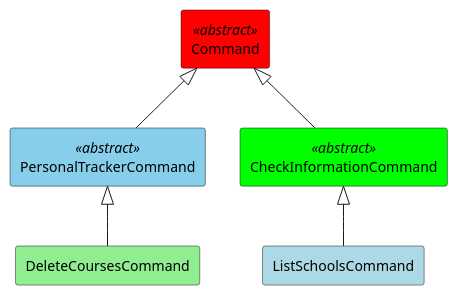
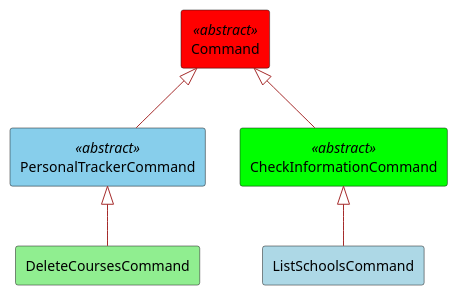
Before and after one commit to nus-cs2113-AY2425S1/tp: the diagram in uml-diagrams/MiniCommandClass.puml, drawn with PlantUML. The commit also changed 5 other files, not shown here.

```diff
--- a/uml-diagrams/MiniCommandClass.puml
+++ b/uml-diagrams/MiniCommandClass.puml
@@ -1,17 +1,17 @@
 @startuml
 
 skinparam componentStyle rectangle
 
 component PersonalTrackerCommand <<abstract>> #skyblue
 component CheckInformationCommand <<abstract>> #lime
 component ListSchoolsCommand #lightblue
 component DeleteCoursesCommand #lightgreen
 component Command <<abstract>> #red
 
-PersonalTrackerCommand -up-|> Command
-CheckInformationCommand -up-|> Command
+PersonalTrackerCommand -up[#brown]-|> Command
+CheckInformationCommand -up[#brown]-|> Command
 
-ListSchoolsCommand -up-|> CheckInformationCommand
-DeleteCoursesCommand -up-|> PersonalTrackerCommand
+ListSchoolsCommand -up[#brown]-|> CheckInformationCommand
+DeleteCoursesCommand -up[#brown]-|> PersonalTrackerCommand
 
 @enduml
```
